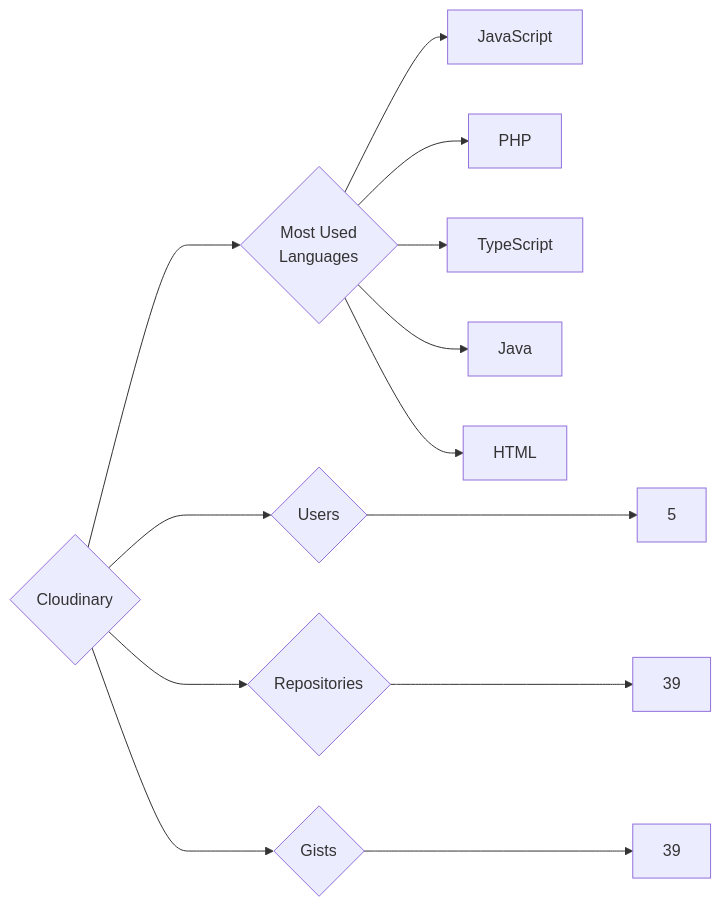
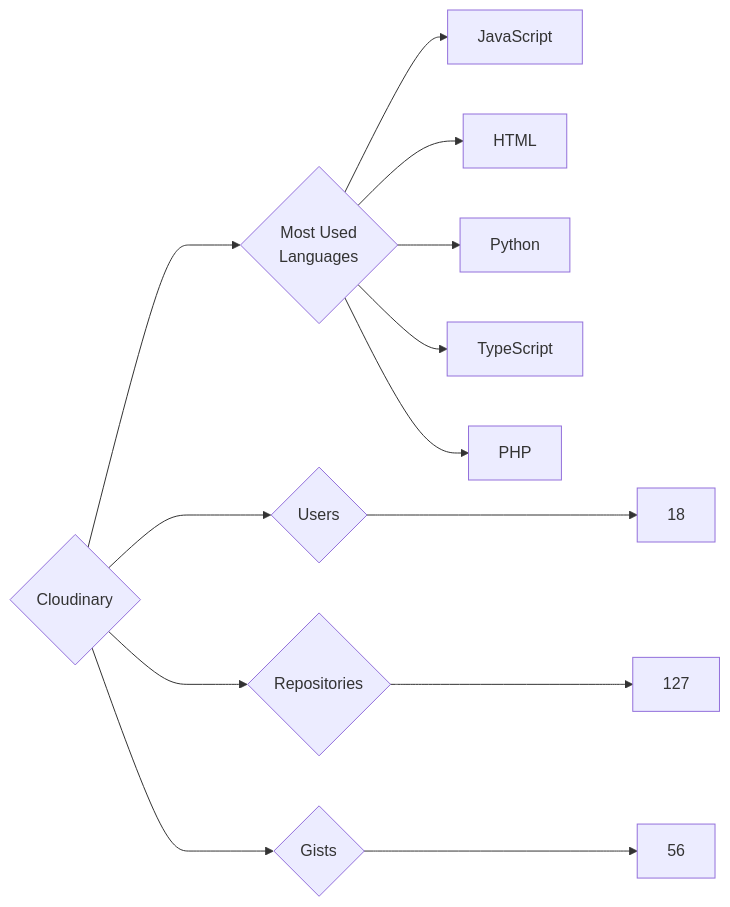
Before and after one commit to trickest/insiders: the diagram in targets/Cloudinary/README.md, drawn with Mermaid. The commit also changed 934 other files, not shown here.

````diff
--- a/targets/Cloudinary/README.md
+++ b/targets/Cloudinary/README.md
@@ -3,13 +3,13 @@
 ```mermaid
 graph LR
 COMPANY_NAME{Cloudinary}
-COMPANY_NAME ---> U{Users} ---> UN[5]
-COMPANY_NAME ---> R{Repositories} ---> RN[39]
-COMPANY_NAME ---> G{Gists} ---> GN[39]
+COMPANY_NAME ---> U{Users} ---> UN[18]
+COMPANY_NAME ---> R{Repositories} ---> RN[127]
+COMPANY_NAME ---> G{Gists} ---> GN[56]
 COMPANY_NAME ---> ML{Most Used<br>Languages}
 ML --> JavaScript[JavaScript]
+ML --> HTML[HTML]
+ML --> Python[Python]
+ML --> TypeScript[TypeScript]
 ML --> PHP[PHP]
-ML --> TypeScript[TypeScript]
-ML --> Java[Java]
-ML --> HTML[HTML]
 ```
````
